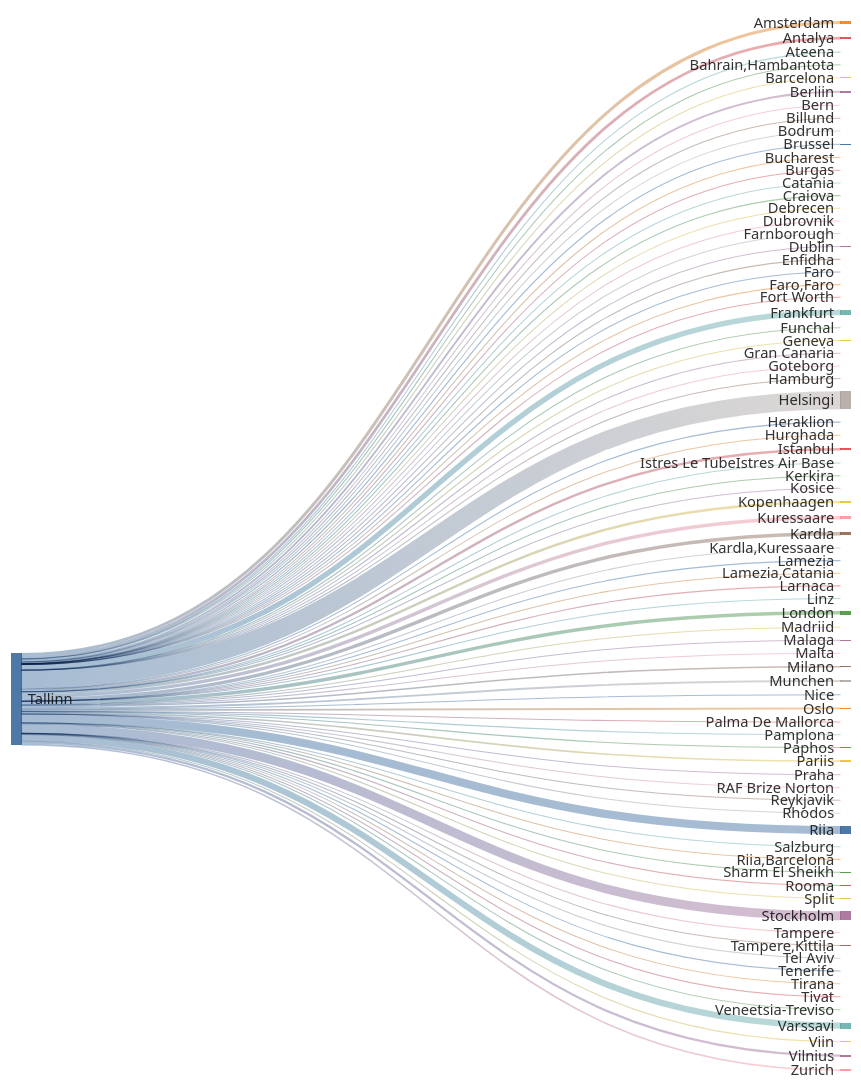
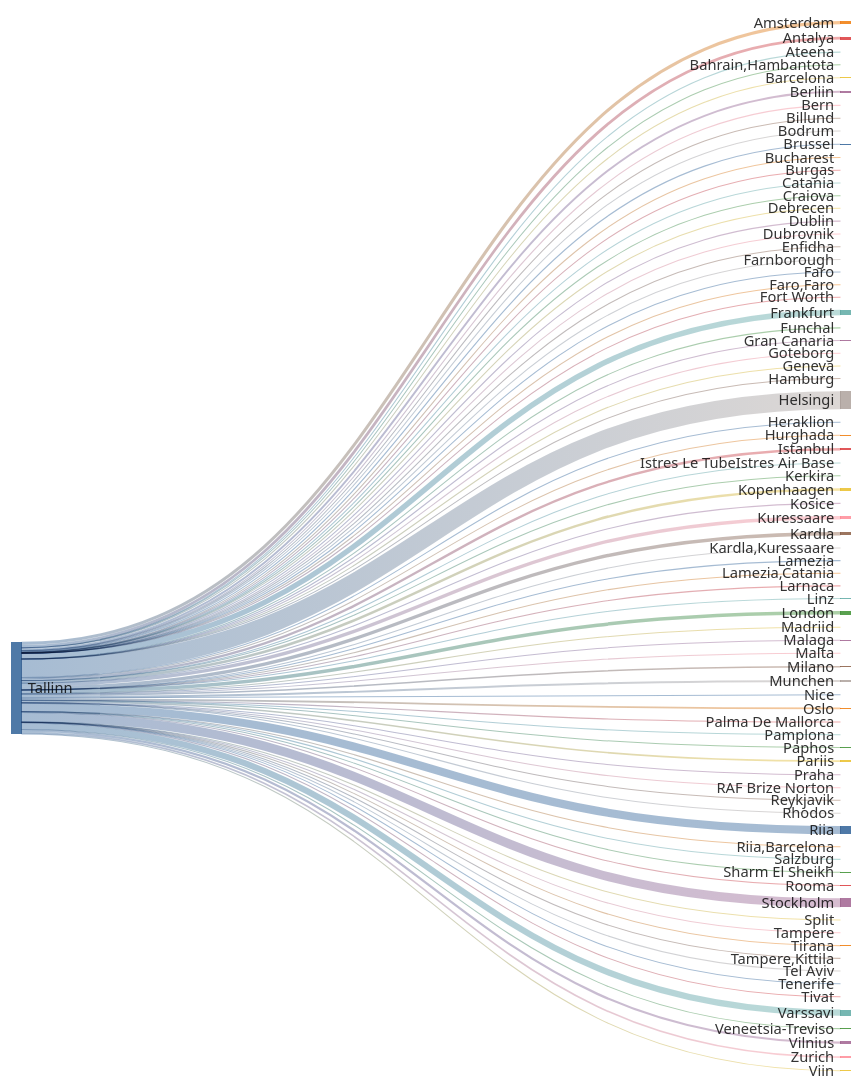
One commit to rainermesi/tll-airport-departures changed the second of 2 diagrams in README.md. Above: the diagram before and after it, drawn with Mermaid. The commit also changed other lines of this file and 1 other file, not shown here.

````diff
--- a/README.md
+++ b/README.md
@@ -41,14 +41,14 @@
 ---
 sankey-beta
 %% source,target,value
-Tallinn,Amsterdam,549
-Tallinn,Antalya,500
+Tallinn,Amsterdam,551
+Tallinn,Antalya,503
 Tallinn,Ateena,16
 Tallinn,"Bahrain,Hambantota",1
-Tallinn,Barcelona,153
+Tallinn,Barcelona,155
 Tallinn,Berliin,344
 Tallinn,Bern,1
-Tallinn,Billund,86
+Tallinn,Billund,87
 Tallinn,Bodrum,12
 Tallinn,Brussel,211
 Tallinn,Bucharest,1
@@ -63,36 +63,36 @@
 Tallinn,Faro,4
 Tallinn,"Faro,Faro",1
 Tallinn,Fort Worth,1
-Tallinn,Frankfurt,972
+Tallinn,Frankfurt,975
 Tallinn,Funchal,6
 Tallinn,Geneva,13
 Tallinn,Gran Canaria,38
 Tallinn,Goteborg,2
 Tallinn,Hamburg,2
-Tallinn,Helsingi,3262
-Tallinn,Heraklion,121
+Tallinn,Helsingi,3269
+Tallinn,Heraklion,122
 Tallinn,Hurghada,75
-Tallinn,Istanbul,423
+Tallinn,Istanbul,424
 Tallinn,Istres Le TubeIstres Air Base,2
 Tallinn,Kerkira,4
-Tallinn,Kopenhaagen,451
+Tallinn,Kopenhaagen,453
 Tallinn,Kosice,1
-Tallinn,Kuressaare,618
-Tallinn,Kardla,620
+Tallinn,Kuressaare,619
+Tallinn,Kardla,621
 Tallinn,"Kardla,Kuressaare",1
 Tallinn,Lamezia,3
 Tallinn,"Lamezia,Catania",3
 Tallinn,Larnaca,6
 Tallinn,Linz,2
-Tallinn,London,631
+Tallinn,London,632
 Tallinn,Madriid,4
-Tallinn,Malaga,133
-Tallinn,Malta,33
+Tallinn,Malaga,134
+Tallinn,Malta,34
 Tallinn,Milano,281
 Tallinn,Munchen,344
 Tallinn,Nice,61
 Tallinn,Oslo,328
-Tallinn,Palma De Mallorca,37
+Tallinn,Palma De Mallorca,38
 Tallinn,Pamplona,1
 Tallinn,Paphos,66
 Tallinn,Pariis,291
@@ -100,24 +100,24 @@
 Tallinn,RAF Brize Norton,1
 Tallinn,Reykjavik,20
 Tallinn,Rhodos,69
-Tallinn,Riia,1476
+Tallinn,Riia,1481
 Tallinn,"Riia,Barcelona",1
 Tallinn,Rooma,80
 Tallinn,Salzburg,14
-Tallinn,Sharm El Sheikh,111
+Tallinn,Sharm El Sheikh,112
 Tallinn,Split,62
-Tallinn,Stockholm,1626
+Tallinn,Stockholm,1629
 Tallinn,Tampere,17
 Tallinn,"Tampere,Kittila",21
 Tallinn,Tel Aviv,2
 Tallinn,Tenerife,58
 Tallinn,Tirana,41
 Tallinn,Tivat,77
-Tallinn,Varssavi,1129
+Tallinn,Varssavi,1132
 Tallinn,Veneetsia-Treviso,67
 Tallinn,Viin,106
 Tallinn,Vilnius,412
-Tallinn,Zurich,292
+Tallinn,Zurich,293
 
 
 ```
````
